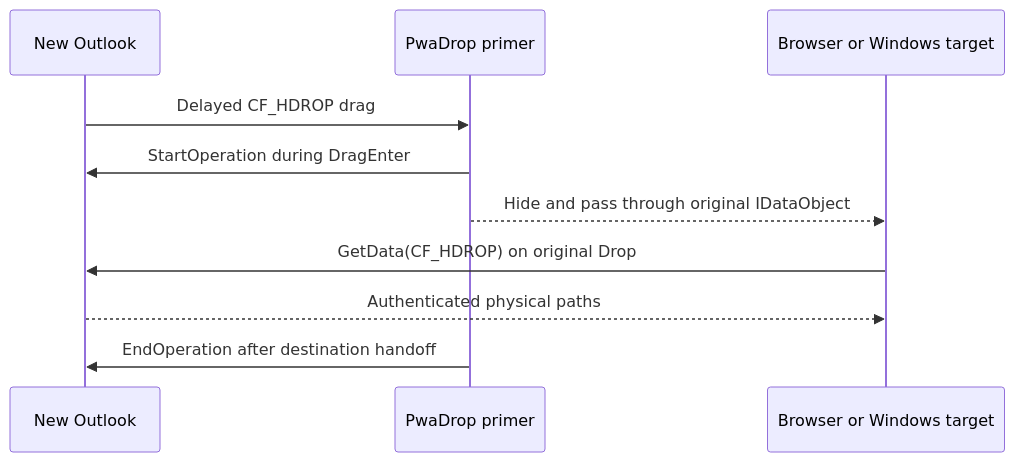
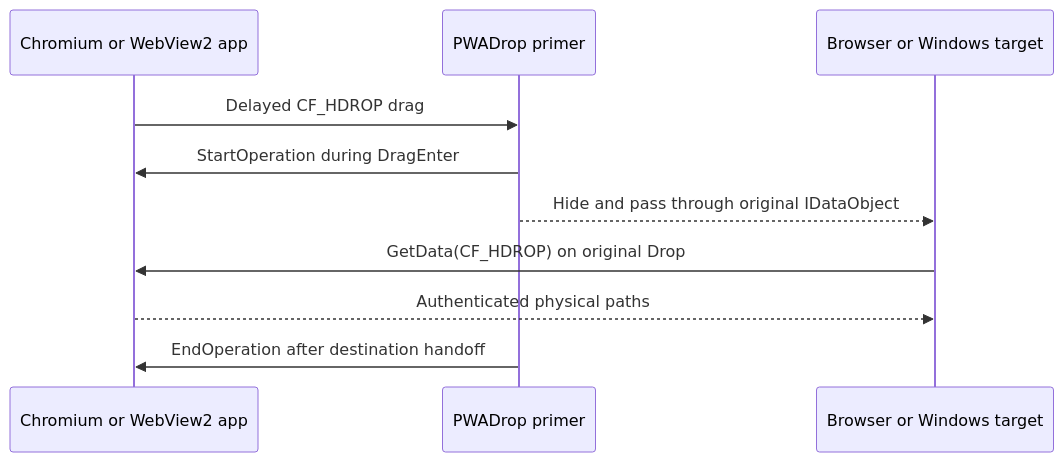
The diagram in README.md (LowkeyNEXT/PwaDrop), drawn with Mermaid before and after one commit. The commit also changed other lines of this file and 24 other files, not shown here.

````diff
--- a/README.md
+++ b/README.md
@@ -26,13 +26,13 @@
 ```mermaid
 sequenceDiagram
-    participant O as New Outlook
-    participant R as PwaDrop primer
+    participant O as Chromium or WebView2 app
+    participant R as PWADrop primer
     participant T as Browser or Windows target
 
     O->>R: Delayed CF_HDROP drag
     R->>O: StartOperation during DragEnter
     R-->>T: Hide and pass through original IDataObject
     T->>O: GetData(CF_HDROP) on original Drop
     O-->>T: Authenticated physical paths
     R->>O: EndOperation after destination handoff
 ```
````
